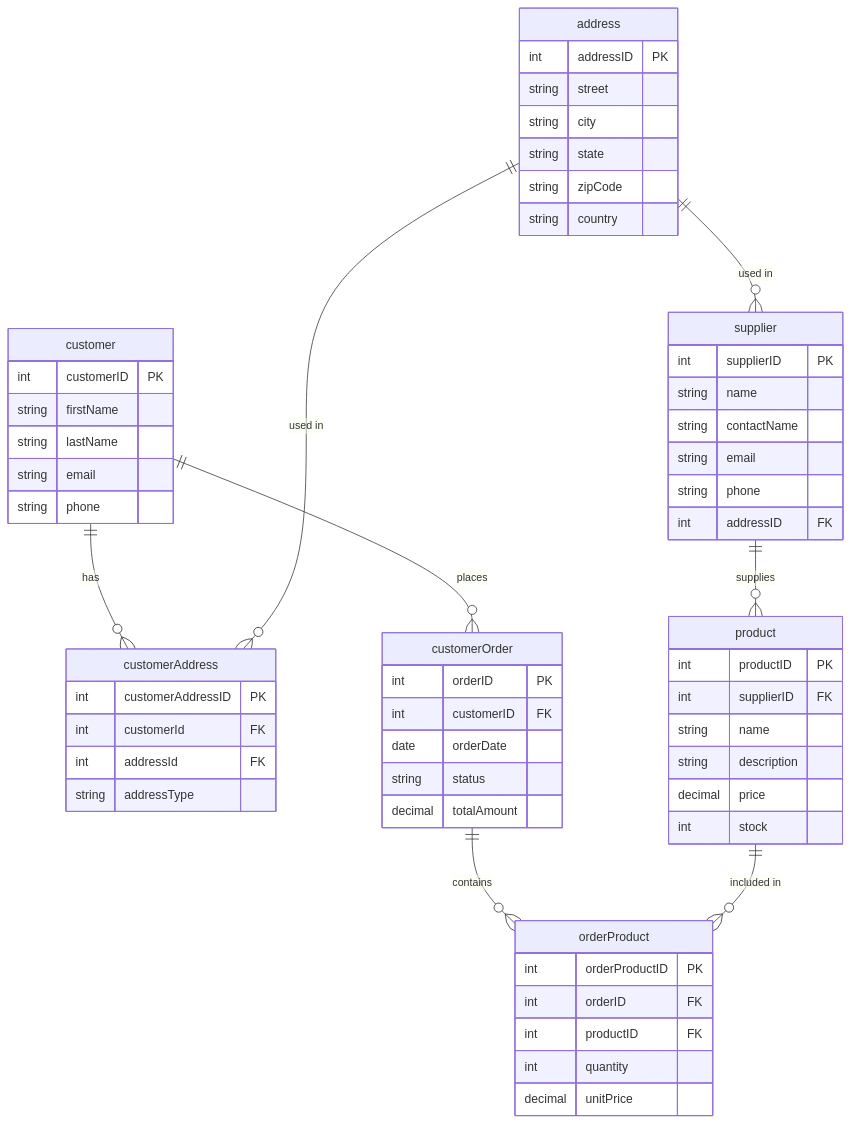
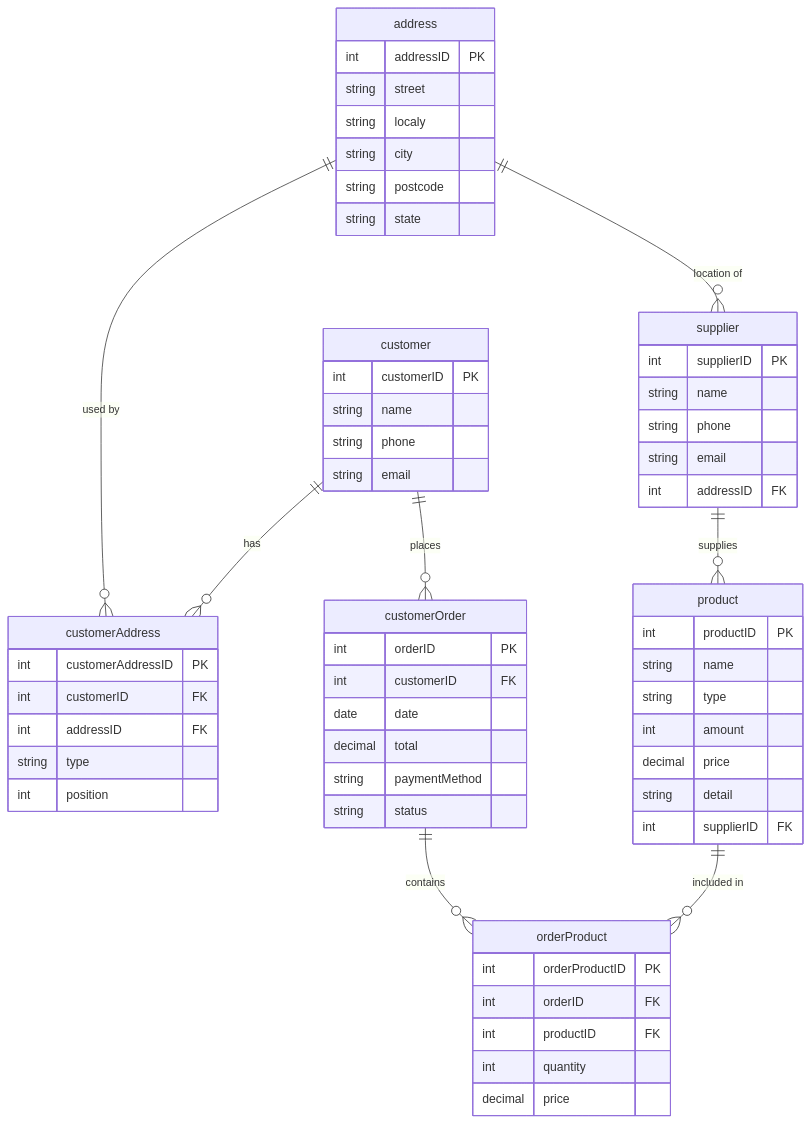
The first of 3 diagrams in exercise7.md (ROY508822/Bases-de-Datos-Distribuidas), drawn with Mermaid before and after one commit. The commit also changed other lines of this file, not shown here.

````diff
--- a/exercise7.md
+++ b/exercise7.md
@@ -81,68 +95,75 @@
 ```mermaid
 erDiagram
-    customer {
-        int customerID PK
-        string firstName
-        string lastName
-        string email
-        string phone
-    }
 
     address {
         int addressID PK
         string street
+        string localy
         string city
+        string postcode
         string state
-        string zipCode
-        string country
+    }
+
+    customer {
+        int customerID PK
+        string name
+        string phone
+        string email
     }
 
     customerAddress {
         int customerAddressID PK
-        int customerId FK
-        int addressId FK
-        string addressType
+        int customerID FK
+        int addressID FK
+        string type
+        int position
     }
 
     supplier {
         int supplierID PK
         string name
-        string contactName
+        string phone
         string email
-        string phone
         int addressID FK
     }
 
     product {
         int productID PK
+        string name
+        string type
+        int amount
+        decimal price
+        string detail
         int supplierID FK
-        string name
-        string description
-        decimal price
-        int stock
     }
 
     customerOrder {
         int orderID PK
         int customerID FK
-        date orderDate
+        date date
+        decimal total
+        string paymentMethod
         string status
-        decimal totalAmount
     }
 
     orderProduct {
         int orderProductID PK
         int orderID FK
         int productID FK
         int quantity
-        decimal unitPrice
+        decimal price
     }
 
+    address ||--o{ customerAddress : "used by"
     customer ||--o{ customerAddress : "has"
-    address ||--o{ customerAddress : "used in"
+
+    address ||--o{ supplier : "location of"
+
+    supplier ||--o{ product : "supplies"
+
     customer ||--o{ customerOrder : "places"
+
     customerOrder ||--o{ orderProduct : "contains"
+
     product ||--o{ orderProduct : "included in"
-    supplier ||--o{ product : "supplies"
-    address ||--o{ supplier : "used in"
 ```
````
